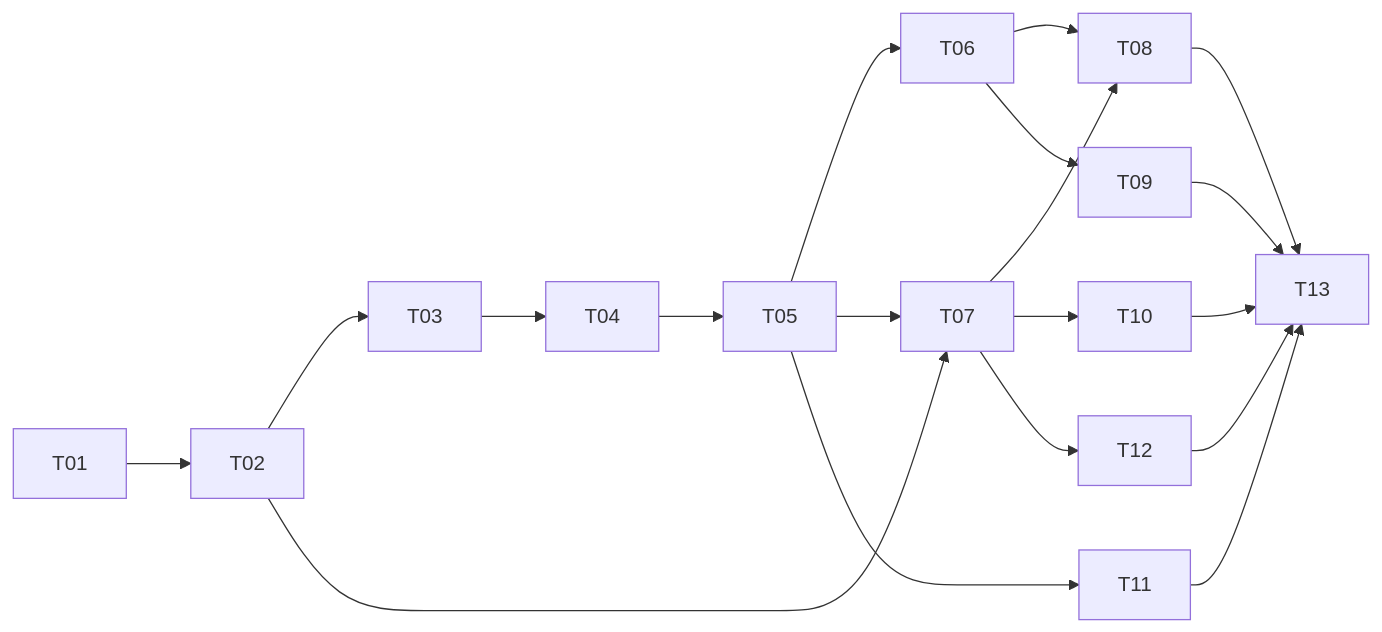
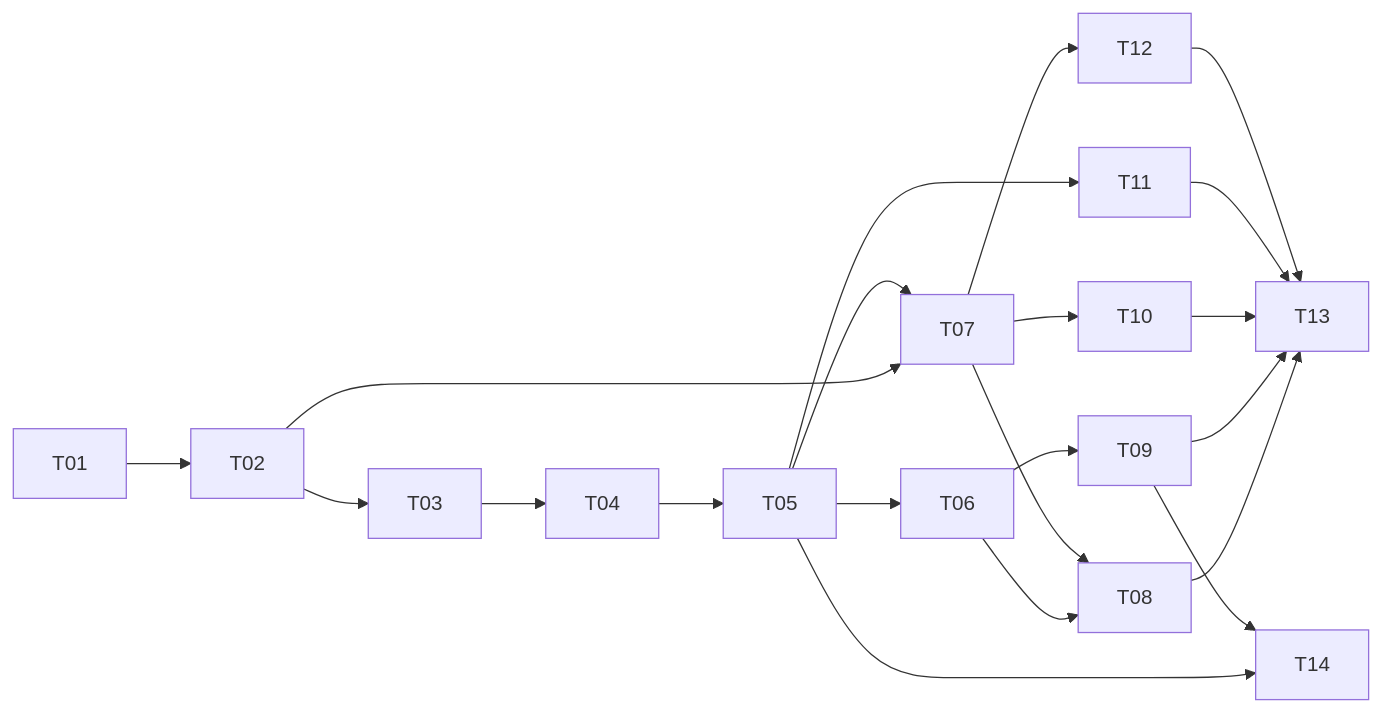
Before and after one commit to thisisikiii/ShuttleCircle: the diagram in TASKS.md, drawn with Mermaid. The commit also changed other lines of this file and 15 other files, not shown here.

````diff
--- a/TASKS.md
+++ b/TASKS.md
@@ -18,17 +18,19 @@
 ```mermaid
 graph LR
   T01-->T02-->T03-->T04-->T05-->T06
   T02-->T07
   T05-->T07
   T06-->T08
   T07-->T08
   T06-->T09
   T07-->T10
   T05-->T11
   T07-->T12
   T08-->T13
   T09-->T13
   T10-->T13
   T11-->T13
   T12-->T13
+  T05-->T14
+  T09-->T14
 ```
````
